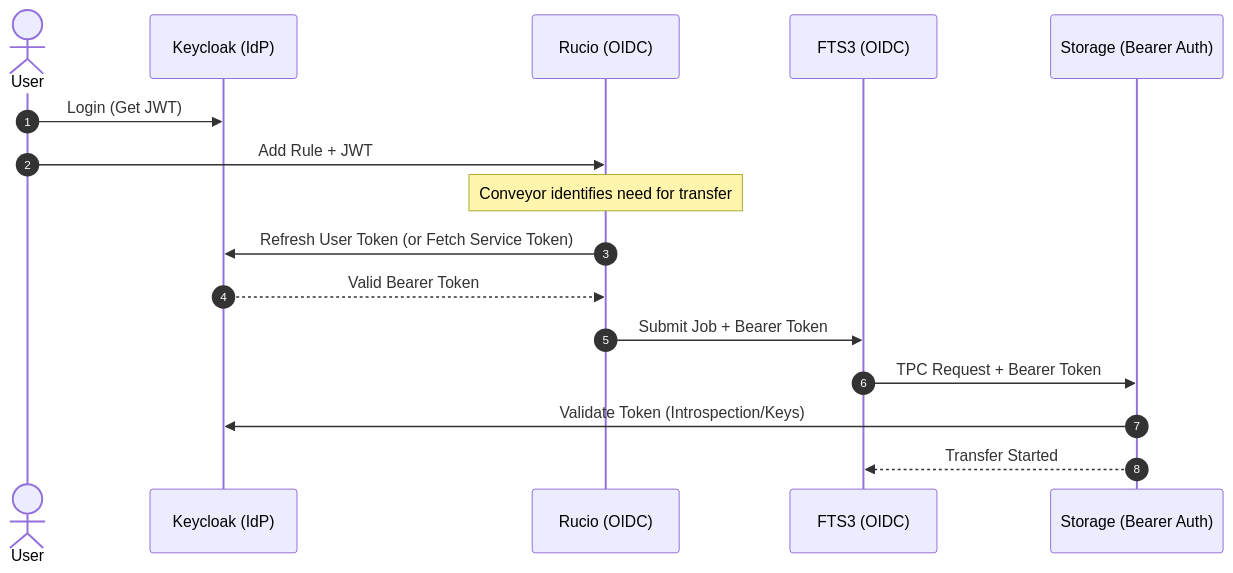
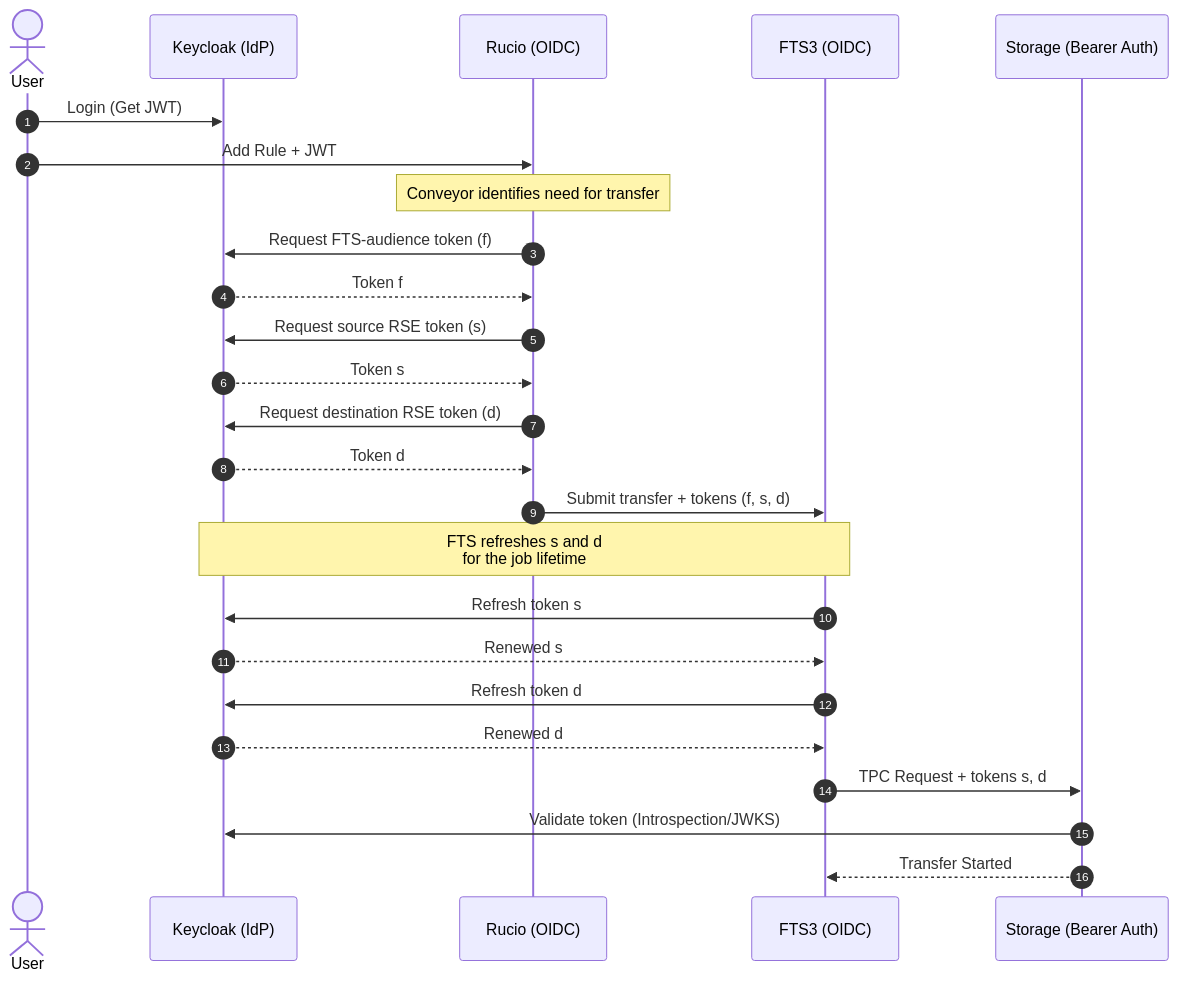
The first of 2 diagrams in README.md (mgajek-cern/rucio-storage-testbed), drawn with Mermaid before and after one commit. The commit also changed other lines of this file, not shown here.

Commit message:
docs: clarify OIDC token flow
Update the sequence diagram to show separate FTS/source/destination
tokens with FTS refreshing storage tokens add design-doc reference,
and clean `make help` output.

````diff
--- a/README.md
+++ b/README.md
@@ -117,21 +117,32 @@
 ```mermaid
 sequenceDiagram
     autonumber
     actor User
     participant KC as Keycloak (IdP)
     participant RS as Rucio (OIDC)
     participant FTS as FTS3 (OIDC)
     participant SE as Storage (Bearer Auth)
 
     User->>KC: Login (Get JWT)
     User->>RS: Add Rule + JWT
 
     NOTE over RS: Conveyor identifies need for transfer
-    RS->>KC: Refresh User Token (or Fetch Service Token)
-    KC-->>RS: Valid Bearer Token
+    RS->>KC: Request FTS-audience token (f)
+    KC-->>RS: Token f
+    RS->>KC: Request source RSE token (s)
+    KC-->>RS: Token s
+    RS->>KC: Request destination RSE token (d)
+    KC-->>RS: Token d
 
-    RS->>FTS: Submit Job + Bearer Token
-    FTS->>SE: TPC Request + Bearer Token
-    SE->>KC: Validate Token (Introspection/Keys)
+    RS->>FTS: Submit transfer + tokens (f, s, d)
+
+    NOTE over FTS,KC: FTS refreshes s and d<br/>for the job lifetime
+    FTS->>KC: Refresh token s
+    KC-->>FTS: Renewed s
+    FTS->>KC: Refresh token d
+    KC-->>FTS: Renewed d
+
+    FTS->>SE: TPC Request + tokens s, d
+    SE->>KC: Validate token (Introspection/JWKS)
     SE-->>FTS: Transfer Started
 ```
````
